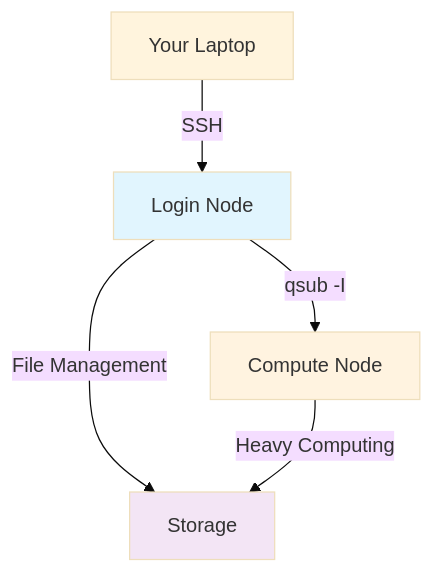
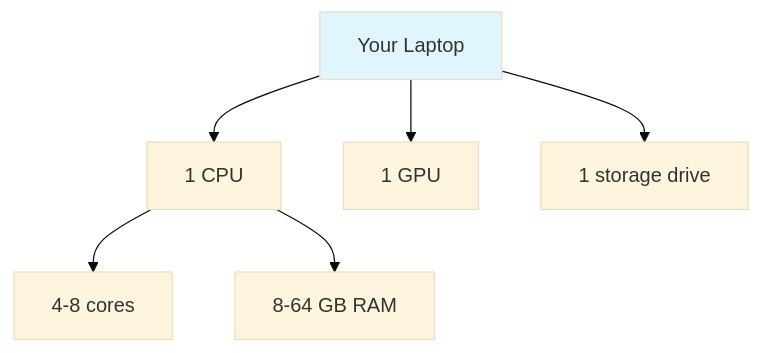
The first of 8 diagrams in docs/tutorials/lesson-1.md (ZhipengHe/Walltime-Chronicles), drawn with Mermaid (base theme) before and after one commit. The commit also changed other lines of this file and 13 other files, not shown here.

````diff
--- a/docs/tutorials/lesson-1.md
+++ b/docs/tutorials/lesson-1.md
@@ -204,11 +37,10 @@
-    ```mermaid
-    graph TB
-        A[Your Laptop] -->|SSH| B[Login Node]
-        B -->|qsub -I| C[Compute Node]
-        B -->|File Management| D[Storage]
-        C -->|Heavy Computing| D
+```mermaid
+graph TB
+    A[Your Laptop] --> B[1 CPU]
+    B --> C[4-8 cores]
+    B --> D[8-64 GB RAM]
+    A --> F[1 GPU]
+    A --> E[1 storage drive]
 
-        style B fill:#e1f5fe
-        style C fill:#fff3e0
-        style D fill:#f3e5f5
-    ```
+    style A fill:#e1f5fe
+```
````
